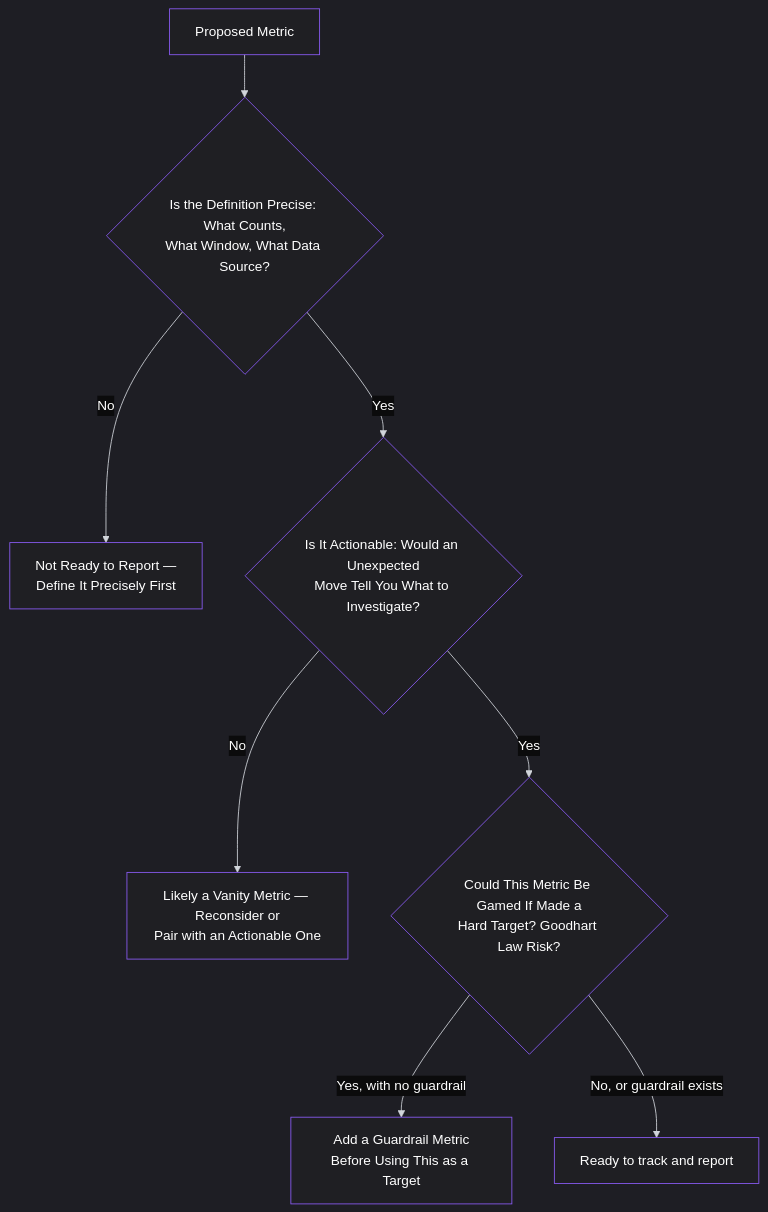
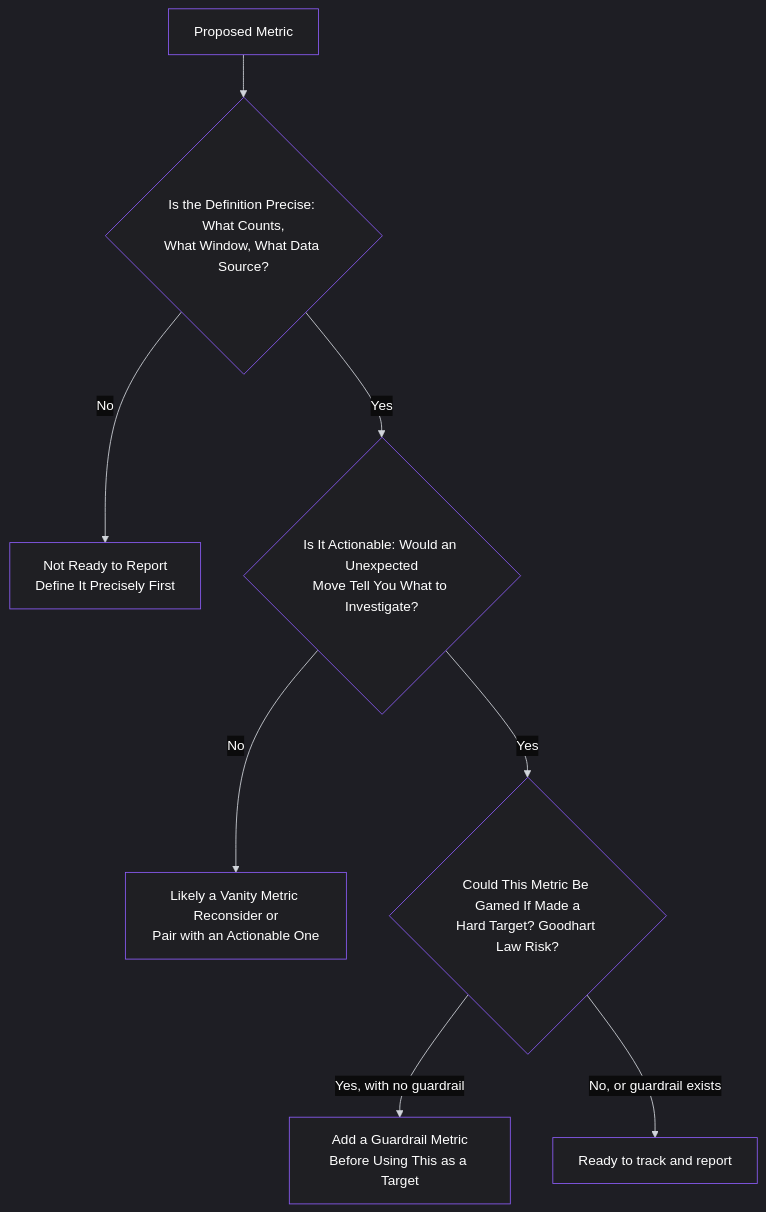
The third of 3 diagrams in content/lessons/lesson-041.md (pmacademy-app/web), drawn with Mermaid before and after one commit. The commit also changed other lines of this file and 90 other files, not shown here.

````diff
--- a/content/lessons/lesson-041.md
+++ b/content/lessons/lesson-041.md
@@ -182,40 +182,40 @@
 ```mermaid
 %%{init: {
   "theme": "dark",
   "themeVariables": {
     "background": "#0b0b0c",
     "primaryColor": "#1f1f23",
     "primaryTextColor": "#ffffff",
     "primaryBorderColor": "#8b5cf6",
     "lineColor": "#d1d5db",
     "secondaryColor": "#18181b",
     "tertiaryColor": "#111111",
     "mainBkg": "#1f1f23",
     "nodeBorder": "#8b5cf6",
     "clusterBkg": "#000000",
     "clusterBorder": "#27272a",
     "titleColor": "#ffffff",
     "edgeLabelBackground": "#0b0b0c",
     "nodeTextColor": "#ffffff",
     "edgeLabelColor": "#ffffff",
     "actorBorder": "#8b5cf6",
     "actorBkg": "#1f1f23",
     "actorTextColor": "#ffffff",
     "sequenceNumberColor": "#ffffff",
     "signalColor": "#8b5cf6",
     "signalTextColor": "#ffffff",
     "textColor": "#ffffff",
     "classText": "#ffffff",
     "classBorder": "#8b5cf6",
     "classBkg": "#1f1f23"
   }
 }}%%
 graph TD
     A[Proposed Metric] --> B{Is the Definition Precise: What Counts,<br/>What Window, What Data Source?}
-    B -->|No| Z[Not Ready to Report —<br/>Define It Precisely First]
+    B -->|No| Z[Not Ready to Report <br/>Define It Precisely First]
     B -->|Yes| C{Is It Actionable: Would an Unexpected<br/>Move Tell You What to Investigate?}
-    C -->|No| Y[Likely a Vanity Metric — Reconsider or<br/>Pair with an Actionable One]
+    C -->|No| Y[Likely a Vanity Metric Reconsider or<br/>Pair with an Actionable One]
     C -->|Yes| D{Could This Metric Be Gamed If Made a<br/>Hard Target? Goodhart Law Risk?}
     D -->|Yes, with no guardrail| X[Add a Guardrail Metric<br/>Before Using This as a Target]
     D -->|No, or guardrail exists| E[Ready to track and report]
 ```
````
